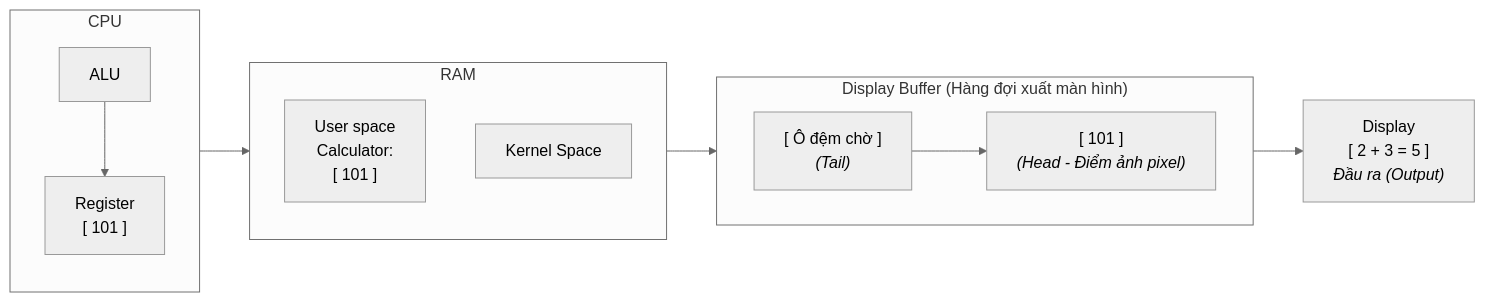
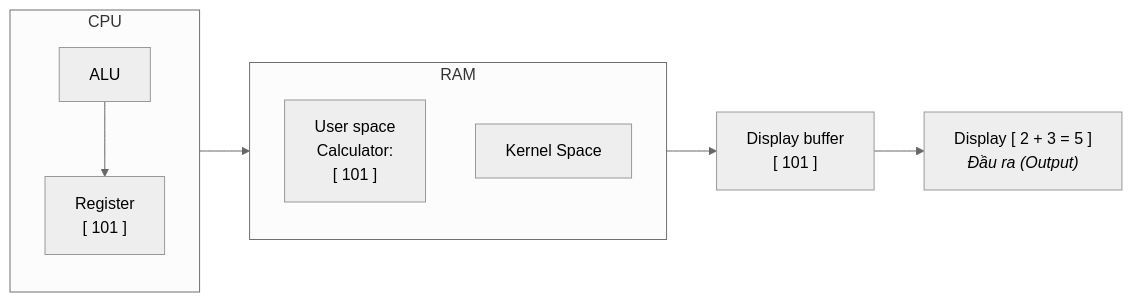
The seventh of 10 diagrams in OperatingSystem/OS_scratch/Concepts_OS/Intro_OS/Lession4.md (Duc-Lee/LLMserving_GPUoptimization), drawn with Mermaid (neutral theme) before and after one commit. The commit also changed other lines of this file, not shown here.

````diff
--- a/OperatingSystem/OS_scratch/Concepts_OS/Intro_OS/Lession4.md
+++ b/OperatingSystem/OS_scratch/Concepts_OS/Intro_OS/Lession4.md
@@ -159,25 +133,18 @@
 ```mermaid
 flowchart LR
     subgraph CPU ["CPU"]
         direction TB
-        ALU["ALU"]
-        REG["Register<br/>[ 101 ]"]
-        ALU --> REG
+        ALU["ALU"] --> REG["Register<br/>[ 101 ]"]
     end
 
     REG --> US
 
     subgraph RAM ["RAM"]
         direction TB
         KS["Kernel Space"]
         US["User space<br/>Calculator:<br/>[ 101 ]"]
     end
 
-    subgraph DISP_BUF ["Display Buffer (Hàng đợi xuất màn hình)"]
-        direction LR
-        DB_IN["[ Ô đệm chờ ]<br/><i>(Tail)</i>"] --> DB_OUT["[ 101 ]<br/><i>(Head - Điểm ảnh pixel)</i>"]
-    end
-
-    US --> DB_IN
-    DB_OUT --> OUT_DISP["Display<br/>[ 2 + 3 = 5 ]<br/><i>Đầu ra (Output)</i>"]
+    US --> DISP_BUF["Display buffer<br/>[ 101 ]"]
+    DISP_BUF --> OUT_DISP["Display [ 2 + 3 = 5 ]<br/><i>Đầu ra (Output)</i>"]
 ```
````
